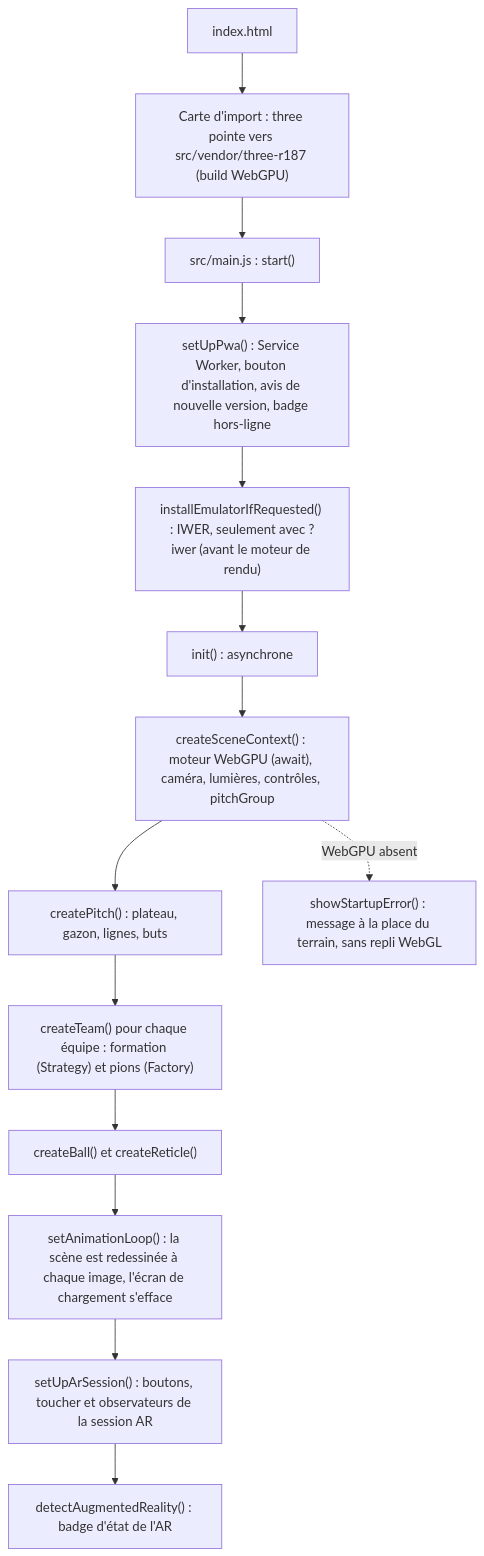
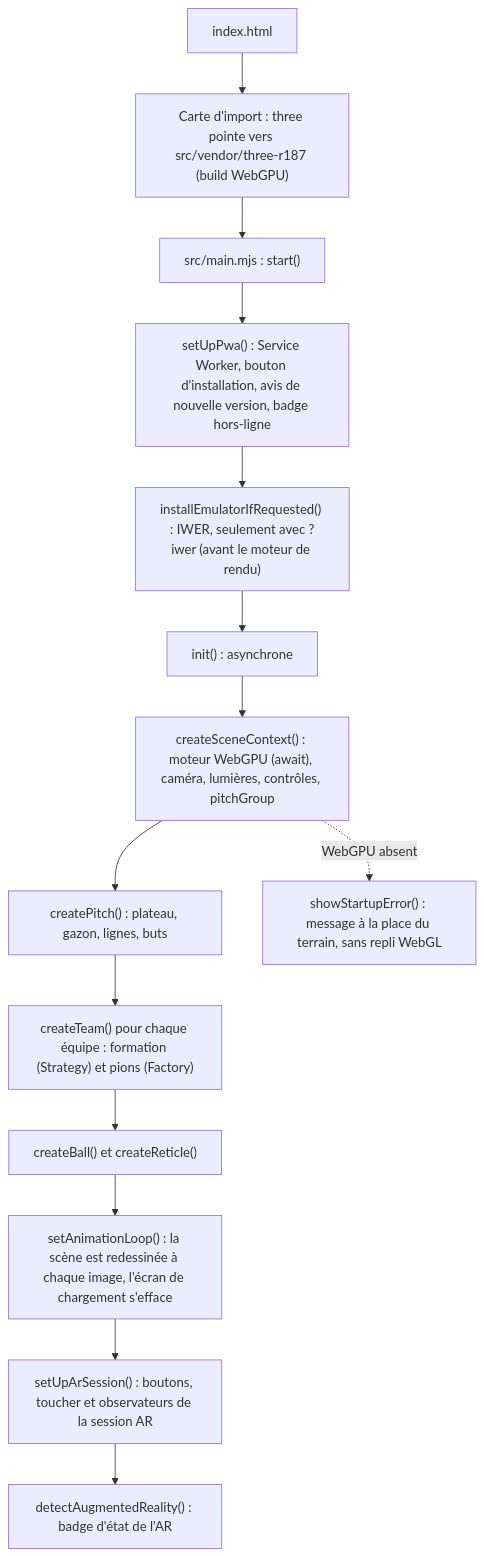
Before and after one commit to bilelkhlif/footballsimulator: the first of 4 diagrams in docs/guide-du-code.md, drawn with Mermaid. The commit also changed other lines of this file and 35 other files, not shown here.

````diff
--- a/docs/guide-du-code.md
+++ b/docs/guide-du-code.md
@@ -29,16 +31,16 @@
 ```mermaid
 flowchart TD
   A["index.html"] --> B["Carte d'import : three pointe vers src/vendor/three-r187 (build WebGPU)"]
-  B --> C["src/main.js : start()"]
+  B --> C["src/main.mjs : start()"]
   C --> P["setUpPwa() : Service Worker, bouton d'installation, avis de nouvelle version, badge hors-ligne"]
   P --> EM["installEmulatorIfRequested() : IWER, seulement avec ?iwer (avant le moteur de rendu)"]
   EM --> I0["init() : asynchrone"]
   I0 --> D["createSceneContext() : moteur WebGPU (await), caméra, lumières, contrôles, pitchGroup"]
   D --> E["createPitch() : plateau, gazon, lignes, buts"]
   E --> F["createTeam() pour chaque équipe : formation (Strategy) et pions (Factory)"]
   F --> G["createBall() et createReticle()"]
   G --> H["setAnimationLoop() : la scène est redessinée à chaque image, l'écran de chargement s'efface"]
   H --> H2["setUpArSession() : boutons, toucher et observateurs de la session AR"]
   H2 --> I["detectAugmentedReality() : badge d'état de l'AR"]
   D -. "WebGPU absent" .-> X["showStartupError() : message à la place du terrain, sans repli WebGL"]
 ```
````
